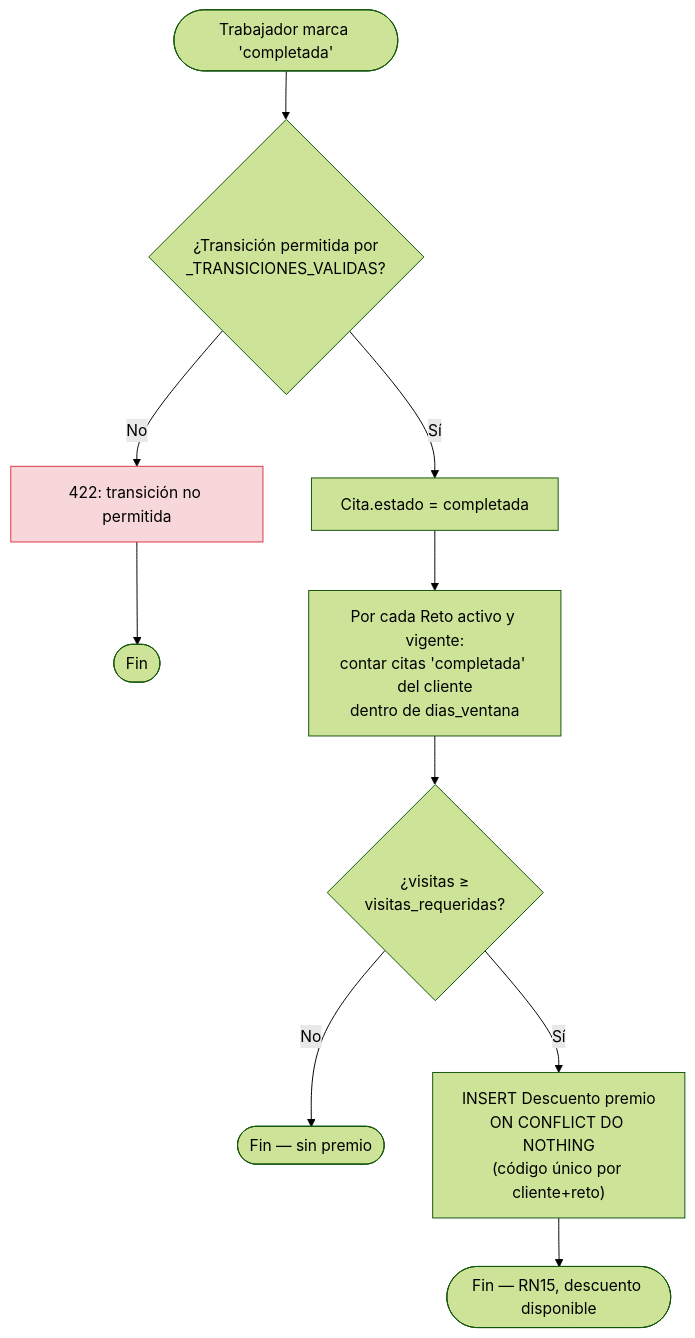
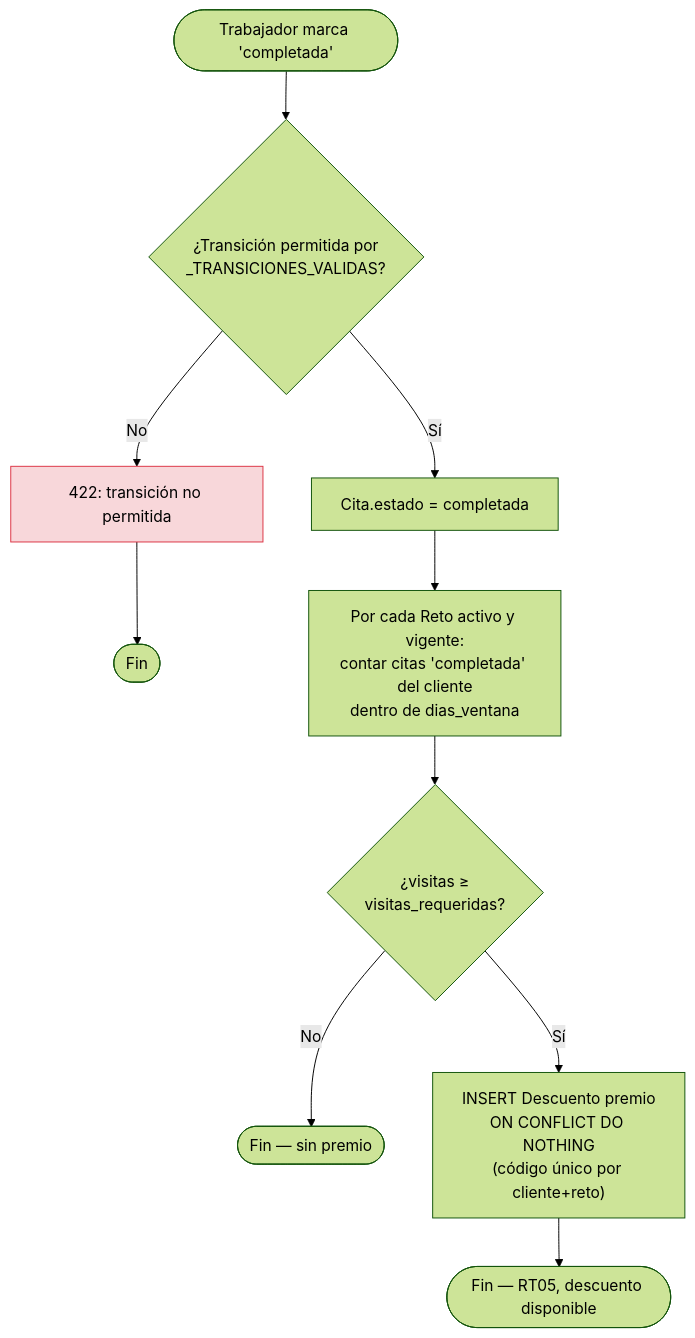
Before and after one commit to Alezzandromv/welve: the fourth of 6 diagrams in docs/tesis/06_DIAGRAMAS_DE_ACTIVIDAD.md, drawn with Mermaid (forest theme). The commit also changed other lines of this file and 73 other files, not shown here.

````diff
--- a/docs/tesis/06_DIAGRAMAS_DE_ACTIVIDAD.md
+++ b/docs/tesis/06_DIAGRAMAS_DE_ACTIVIDAD.md
@@ -65,14 +65,14 @@
 ```mermaid
 flowchart TD
     Start([Trabajador marca 'completada']) --> A{"¿Transición permitida por<br/>_TRANSICIONES_VALIDAS?"}
     A -->|No| Rej[422: transición no permitida]:::reject
     Rej --> End1([Fin])
     A -->|Sí| B["Cita.estado = completada"]
     B --> C["Por cada Reto activo y vigente:<br/>contar citas 'completada' del cliente<br/>dentro de dias_ventana"]
     C --> D{"¿visitas ≥<br/>visitas_requeridas?"}
     D -->|No| End2([Fin — sin premio])
     D -->|Sí| E["INSERT Descuento premio<br/>ON CONFLICT DO NOTHING<br/>(código único por cliente+reto)"]
-    E --> End3([Fin — RN15, descuento disponible])
+    E --> End3([Fin — RT05, descuento disponible])
 
     classDef reject fill:#f8d7da,stroke:#dc3545
 ```
````
